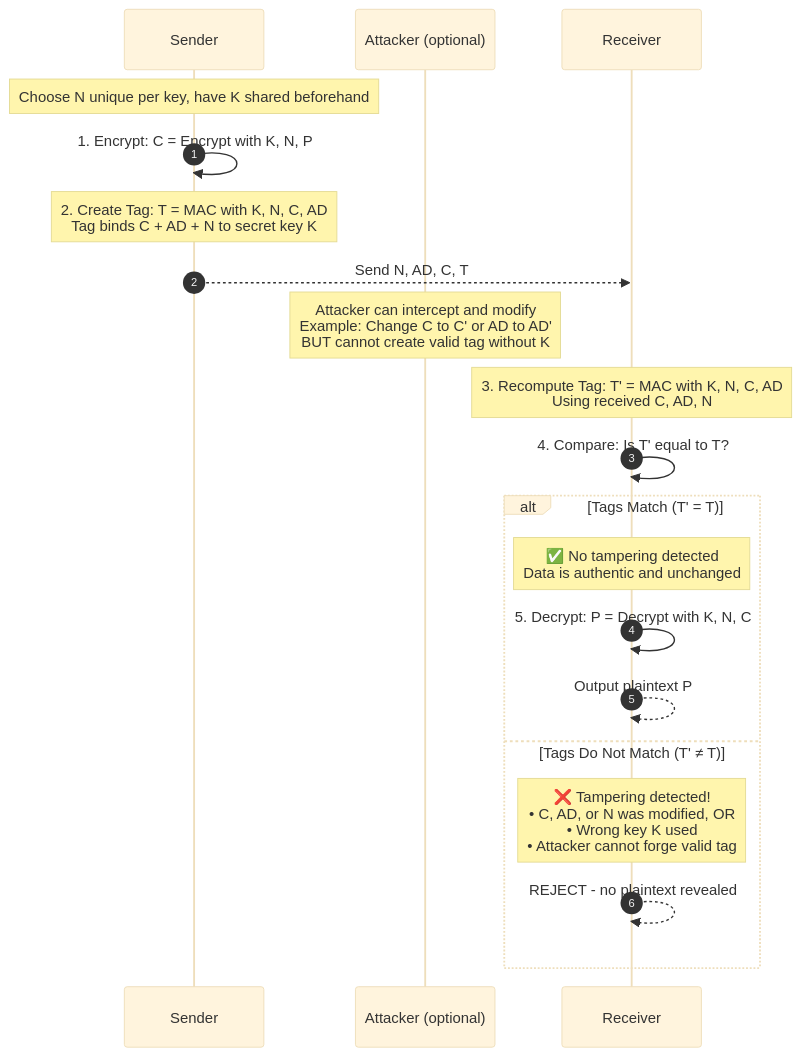
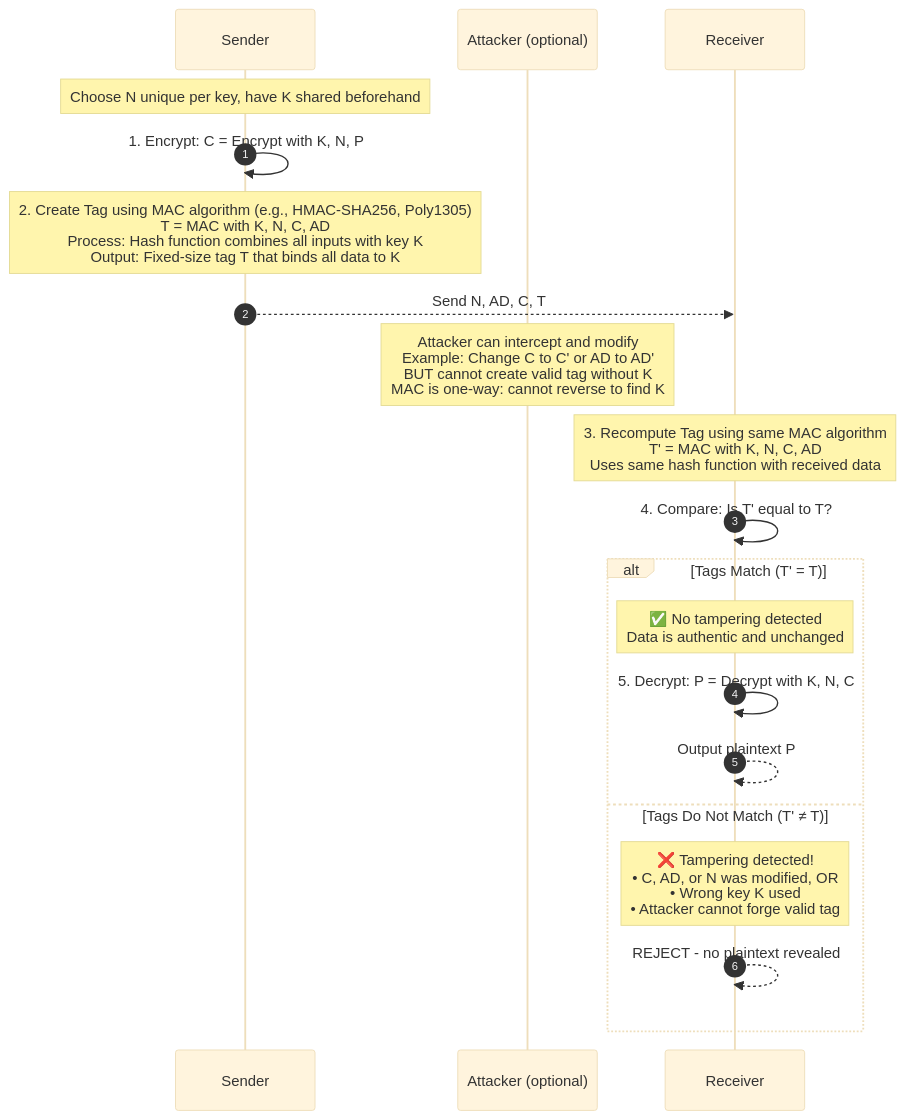
Before and after one commit to irahulsawhney/crypto-concepts: the diagram in diagrams/04-aead-sequence.mmd, drawn with Mermaid (base theme). The commit also changed 1 other file, not shown here.

Commit message:
Expand MAC acronym and explain how MAC is generated in AEAD diagrams

```diff
--- a/diagrams/04-aead-sequence.mmd
+++ b/diagrams/04-aead-sequence.mmd
@@ -1,27 +1,27 @@
 %% AEAD Sequence Diagram - Encryption and Verification Flow
 sequenceDiagram
   autonumber
   participant S as Sender
   participant A as Attacker (optional)
   participant R as Receiver
 
   Note over S: Choose N unique per key, have K shared beforehand
   
   S->>S: 1. Encrypt: C = Encrypt with K, N, P
-  Note over S: 2. Create Tag: T = MAC with K, N, C, AD<br/>Tag binds C + AD + N to secret key K
+  Note over S: 2. Create Tag using MAC algorithm (e.g., HMAC-SHA256, Poly1305)<br/>T = MAC with K, N, C, AD<br/>Process: Hash function combines all inputs with key K<br/>Output: Fixed-size tag T that binds all data to K
   
   S-->>R: Send N, AD, C, T
   
-  Note over A: Attacker can intercept and modify<br/>Example: Change C to C' or AD to AD'<br/>BUT cannot create valid tag without K
+  Note over A: Attacker can intercept and modify<br/>Example: Change C to C' or AD to AD'<br/>BUT cannot create valid tag without K<br/>MAC is one-way: cannot reverse to find K
   
-  Note over R: 3. Recompute Tag: T' = MAC with K, N, C, AD<br/>Using received C, AD, N
+  Note over R: 3. Recompute Tag using same MAC algorithm<br/>T' = MAC with K, N, C, AD<br/>Uses same hash function with received data
   R->>R: 4. Compare: Is T' equal to T?
   
   alt Tags Match (T' = T)
     Note over R: ✅ No tampering detected<br/>Data is authentic and unchanged
     R->>R: 5. Decrypt: P = Decrypt with K, N, C
     R-->>R: Output plaintext P
   else Tags Do Not Match (T' ≠ T)
     Note over R: ❌ Tampering detected!<br/>• C, AD, or N was modified, OR<br/>• Wrong key K used<br/>• Attacker cannot forge valid tag
     R-->>R: REJECT - no plaintext revealed
   end
```
